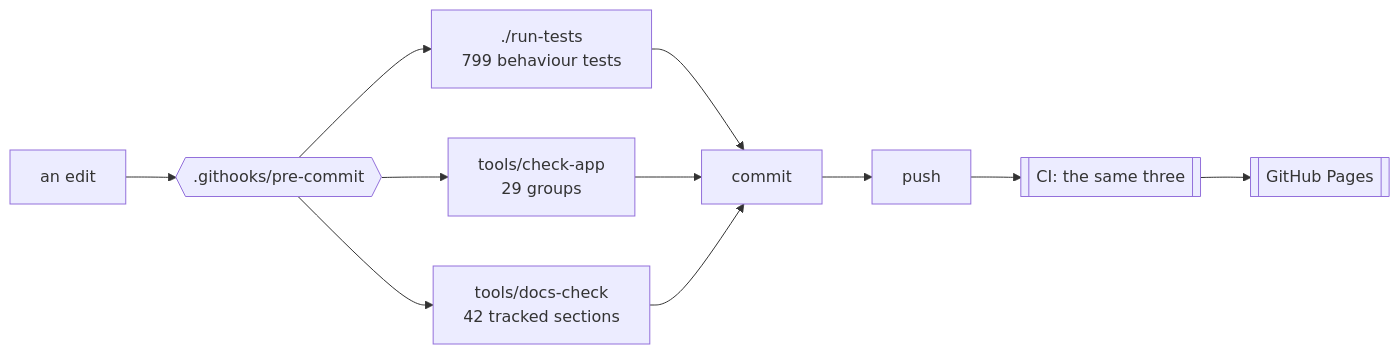
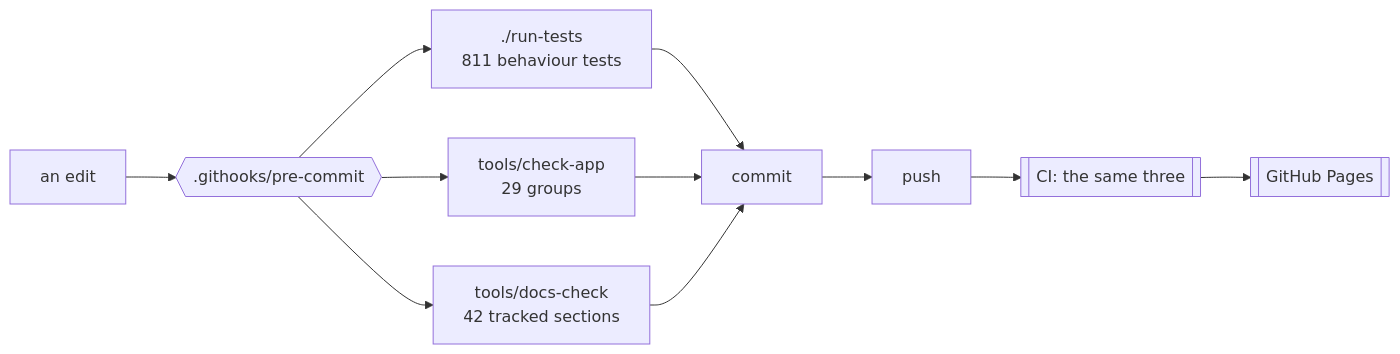
The first of 2 diagrams in docs/DEVELOPING.md (minormending/crystal-pilot-mobile), drawn with Mermaid before and after one commit. The commit also changed other lines of this file and 3 other files, not shown here.

````diff
--- a/docs/DEVELOPING.md
+++ b/docs/DEVELOPING.md
@@ -15,12 +15,12 @@
 ```mermaid
 flowchart LR
     E[an edit] --> H{{".githooks/pre-commit"}}
-    H --> T["./run-tests<br/>799 behaviour tests"]
+    H --> T["./run-tests<br/>811 behaviour tests"]
     H --> C["tools/check-app<br/>29 groups"]
     H --> D["tools/docs-check<br/>42 tracked sections"]
     T --> OK[commit]
     C --> OK
     D --> OK
     OK --> P[push] --> CI[["CI: the same three"]]
     CI --> PG[[GitHub Pages]]
 ```
````
